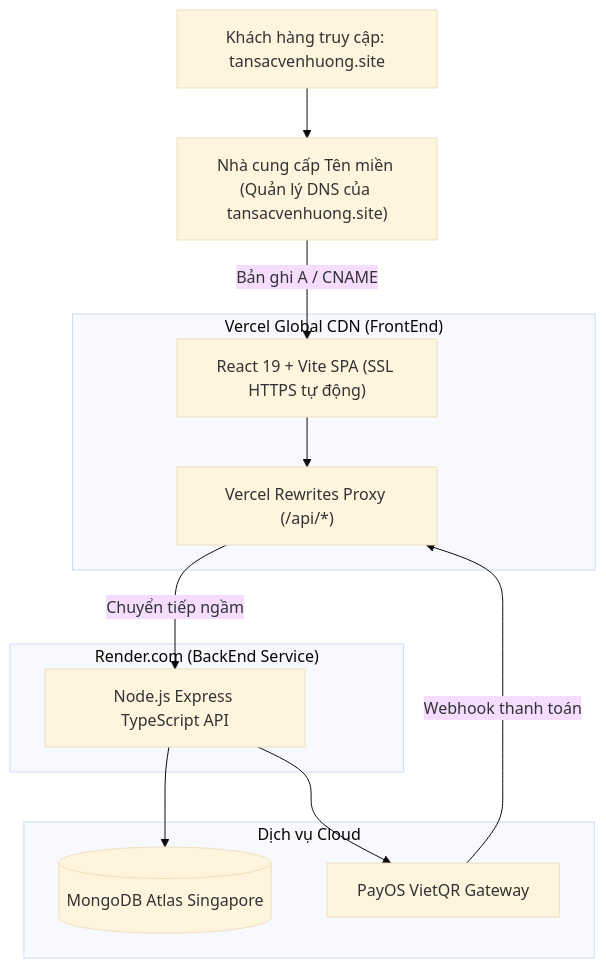
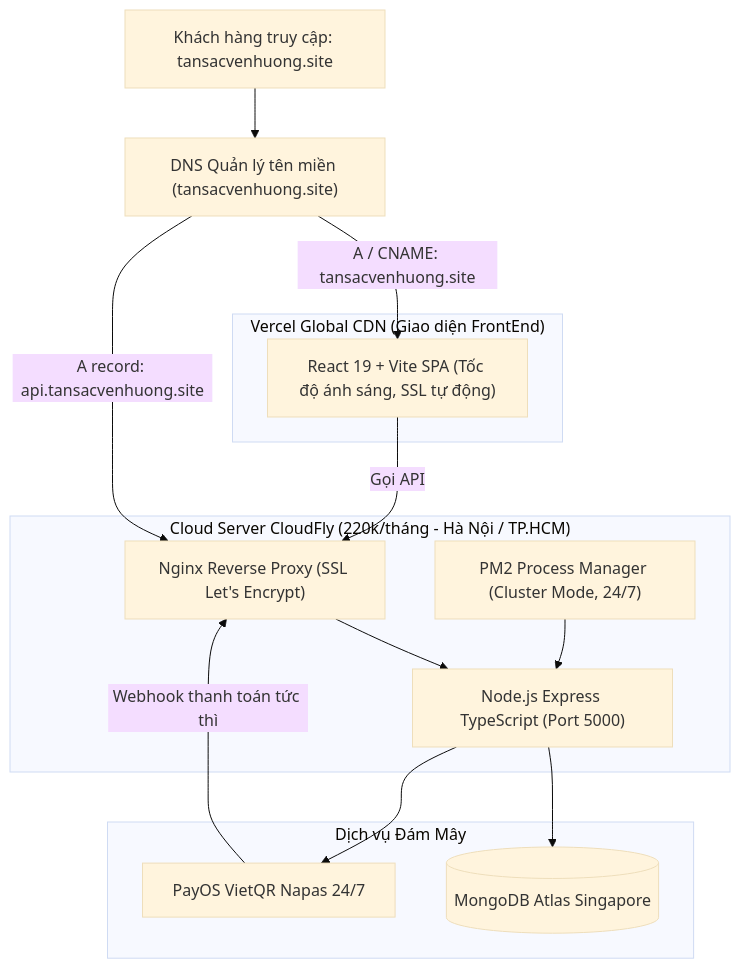
Before and after one commit to Thienkhoaaa/tansacvenhuong: the diagram in DEPLOYMENT_GUIDE.md, drawn with Mermaid (base theme). The commit also changed other lines of this file and 5 other files, not shown here.

Commit message:
feat: production-ready VPS deployment setup for tansacvenhuong.site

````diff
--- a/DEPLOYMENT_GUIDE.md
+++ b/DEPLOYMENT_GUIDE.md
@@ -9,27 +8,30 @@
 ```mermaid
 flowchart TD
-    User["Khách hàng truy cập: tansacvenhuong.site"]
-    DNS["Nhà cung cấp Tên miền (Quản lý DNS của tansacvenhuong.site)"]
-    
-    subgraph Vercel ["Vercel Global CDN (FrontEnd)"]
-        FE["React 19 + Vite SPA (SSL HTTPS tự động)"]
-        Proxy["Vercel Rewrites Proxy (/api/*)"]
-    end
-    
-    subgraph Render ["Render.com (BackEnd Service)"]
-        BE["Node.js Express TypeScript API"]
-    end
-    
-    subgraph CloudServices ["Dịch vụ Cloud"]
-        DB[(MongoDB Atlas Singapore)]
-        PayOS["PayOS VietQR Gateway"]
+    Client["Khách hàng truy cập: tansacvenhuong.site"]
+    DNS["DNS Quản lý tên miền (tansacvenhuong.site)"]
+
+    subgraph Vercel ["Vercel Global CDN (Giao diện FrontEnd)"]
+        FE["React 19 + Vite SPA (Tốc độ ánh sáng, SSL tự động)"]
     end
 
-    User --> DNS
-    DNS -->|Bản ghi A / CNAME| FE
-    FE --> Proxy
-    Proxy -->|Chuyển tiếp ngầm| BE
-    BE --> DB
-    BE --> PayOS
-    PayOS -->|Webhook thanh toán| Proxy
+    subgraph CloudFly ["Cloud Server CloudFly (220k/tháng - Hà Nội / TP.HCM)"]
+        Nginx["Nginx Reverse Proxy (SSL Let's Encrypt)"]
+        PM2["PM2 Process Manager (Cluster Mode, 24/7)"]
+        API["Node.js Express TypeScript (Port 5000)"]
+        Nginx --> API
+        PM2 --> API
+    end
+
+    subgraph CloudServices ["Dịch vụ Đám Mây"]
+        DB[(MongoDB Atlas Singapore)]
+        PayOS["PayOS VietQR Napas 24/7"]
+    end
+
+    Client --> DNS
+    DNS -->|A / CNAME: tansacvenhuong.site| FE
+    DNS -->|A record: api.tansacvenhuong.site| Nginx
+    FE -->|Gọi API| Nginx
+    API --> DB
+    API --> PayOS
+    PayOS -->|Webhook thanh toán tức thì| Nginx
 ```
````
